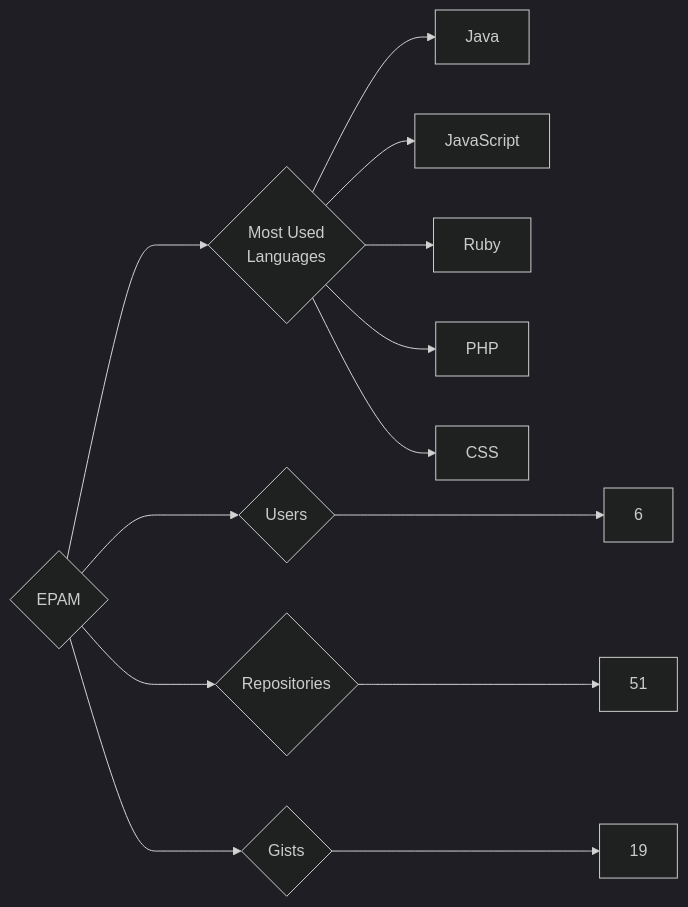
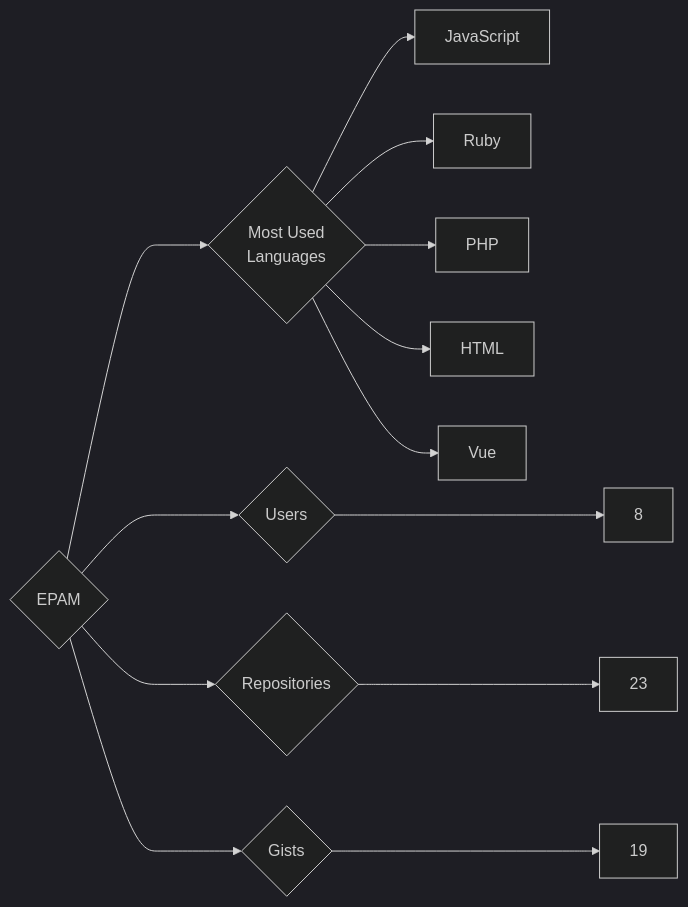
The diagram in targets/EPAM/README.md (trickest/insiders), drawn with Mermaid (dark theme) before and after one commit. The commit also changed 1148 other files, not shown here.

````diff
--- a/targets/EPAM/README.md
+++ b/targets/EPAM/README.md
@@ -3,13 +3,13 @@
 ```mermaid
 graph LR
 COMPANY_NAME{EPAM}
-COMPANY_NAME ---> U{Users} ---> UN[6]
-COMPANY_NAME ---> R{Repositories} ---> RN[51]
+COMPANY_NAME ---> U{Users} ---> UN[8]
+COMPANY_NAME ---> R{Repositories} ---> RN[23]
 COMPANY_NAME ---> G{Gists} ---> GN[19]
 COMPANY_NAME ---> ML{Most Used<br>Languages}
-ML --> Java[Java]
 ML --> JavaScript[JavaScript]
 ML --> Ruby[Ruby]
 ML --> PHP[PHP]
-ML --> CSS[CSS]
+ML --> HTML[HTML]
+ML --> Vue[Vue]
 ```
````
